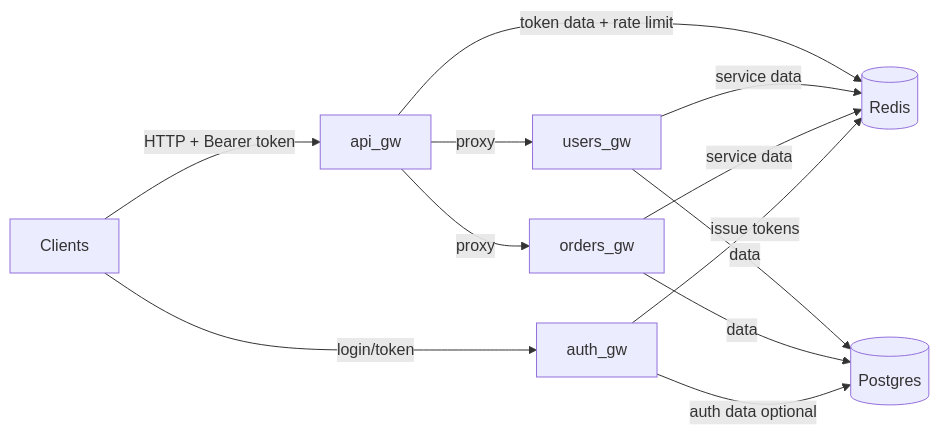
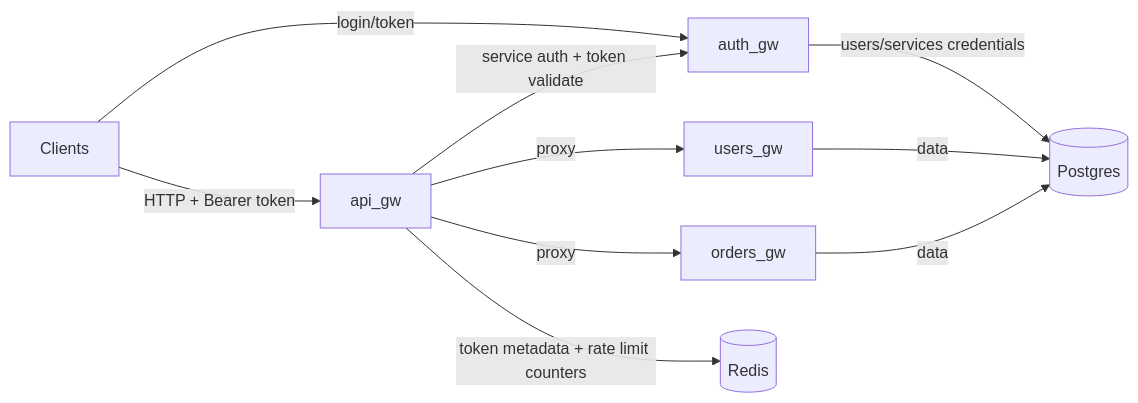
Before and after one commit to yirez/go-gw-test: the first of 5 diagrams in designs/diagrams.md, drawn with Mermaid. The commit also changed other lines of this file and 7 other files, not shown here.

````diff
--- a/designs/diagrams.md
+++ b/designs/diagrams.md
@@ -5,16 +5,14 @@
 ```mermaid
 flowchart LR
   client[Clients] -->|login/token| auth_gw[auth_gw]
   client -->|HTTP + Bearer token| api_gw[api_gw]
   api_gw -->|proxy| users_gw[users_gw]
   api_gw -->|proxy| orders_gw[orders_gw]
 
-  api_gw -->|token data + rate limit| redis[(Redis)]
-  users_gw -->|service data| redis
-  orders_gw -->|service data| redis
-  auth_gw -->|issue tokens| redis
+  api_gw -->|token metadata + rate limit counters| redis[(Redis)]
+  api_gw -->|service auth + token validate| auth_gw
+  auth_gw -->|users/services credentials| postgres[(Postgres)]
 
-  users_gw -->|data| postgres[(Postgres)]
+  users_gw -->|data| postgres
   orders_gw -->|data| postgres
-  auth_gw -->|auth data optional| postgres
 ```
````
